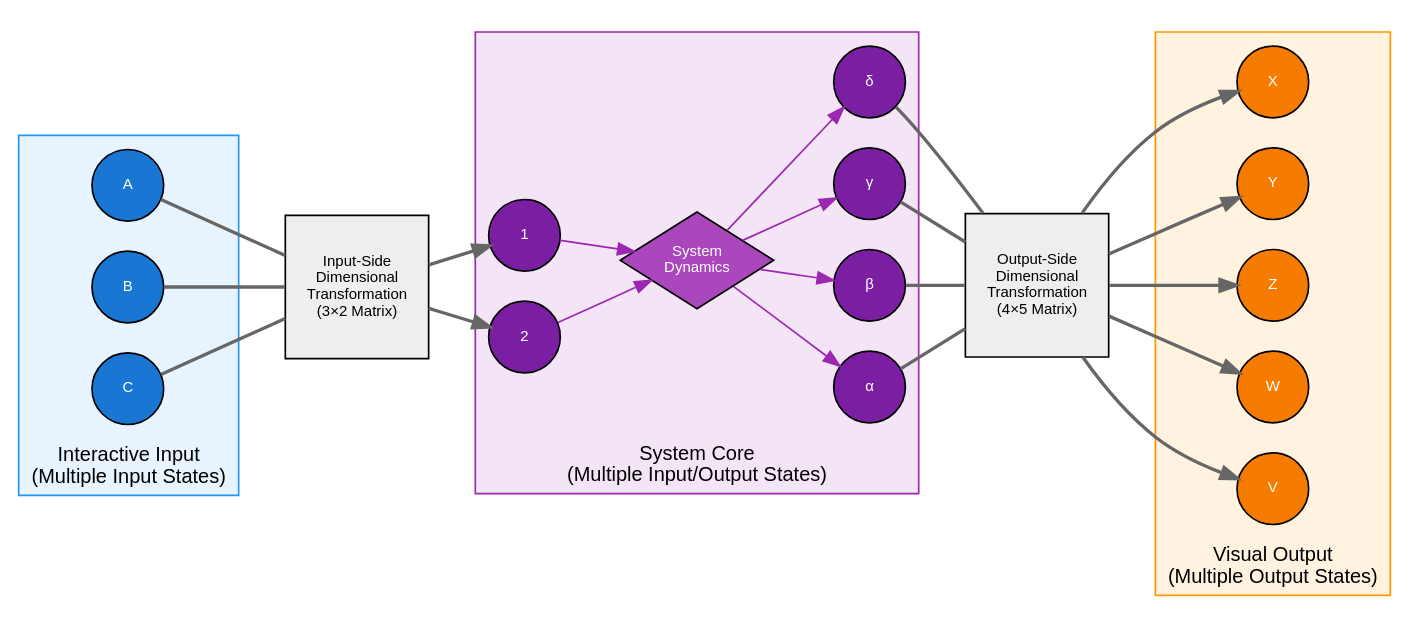
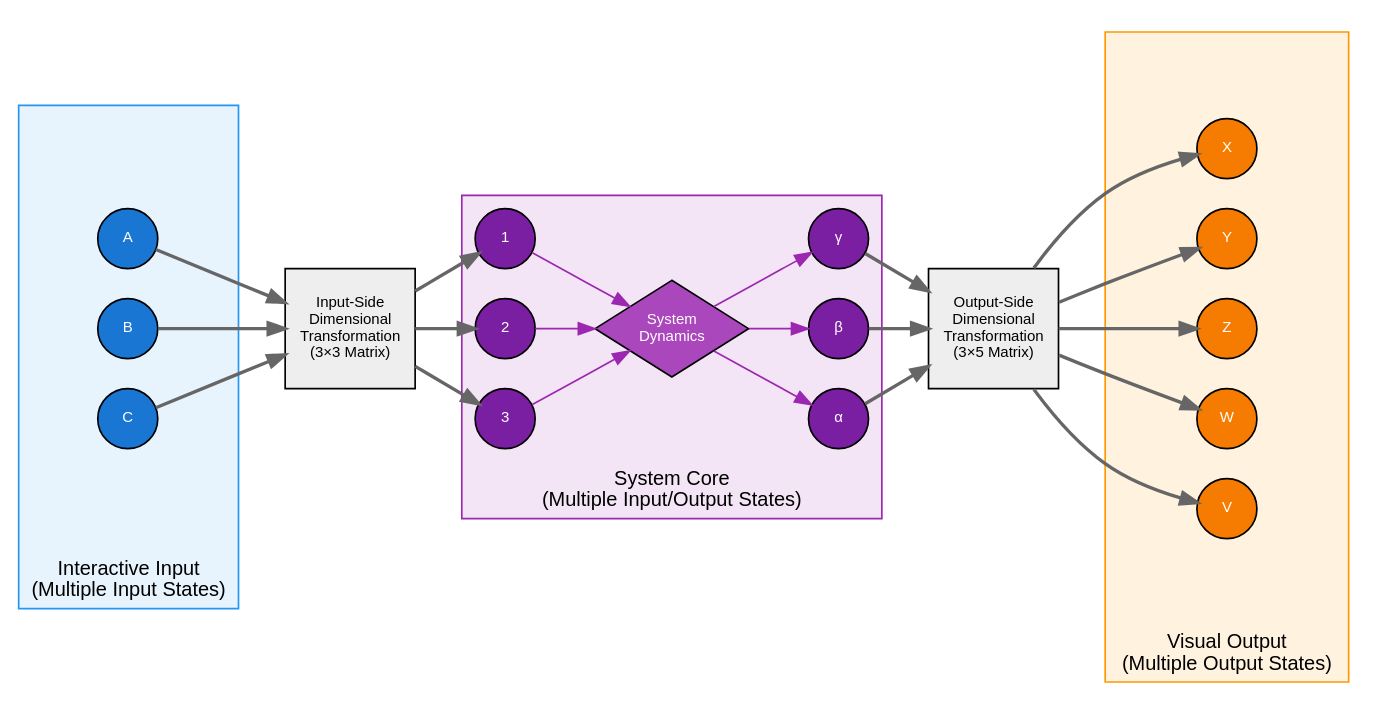
One commit to ericggul/MDWA-SbA-GraphVis changed the diagram in graphs/fig4.dot. Above: the diagram before and after it, drawn with Graphviz.

```diff
--- a/graphs/fig4.dot
+++ b/graphs/fig4.dot
@@ -14,14 +14,17 @@
         label="Interactive Input\n(Multiple Input States)";
         labelloc=bottom;
         
+        // Invisible spacer to center the cluster
+        spacer_top [style=invis, height=0.5];
+        
         ii_state_1 [
             shape=circle,
             style=filled,
             fillcolor="#1976D2",
             fontcolor=white,
             label="A",
-            width=0.6,
-            height=0.6
+            width=0.5,
+            height=0.5
         ];
         
         ii_state_2 [
@@ -30,8 +33,8 @@
             fillcolor="#1976D2",
             fontcolor=white,
             label="B",
-            width=0.6,
-            height=0.6
+            width=0.5,
+            height=0.5
         ];
         
         ii_state_3 [
@@ -40,19 +43,22 @@
             fillcolor="#1976D2",
             fontcolor=white,
             label="C",
-            width=0.6,
-            height=0.6
+            width=0.5,
+            height=0.5
         ];
+        
+        // Invisible spacer to center the cluster
+        spacer_bottom [style=invis, height=0.5];
     }
     
-    // Input-Side Dimensional Transformation
+    // Input DT Box
     dt_input [
         shape=box,
         style=filled,
         fillcolor="#EEEEEE",
-        label="Input-Side\nDimensional\nTransformation\n(3×2 Matrix)",
-        width=1.2,
-        height=1.2
+        label="Input-Side\nDimensional\nTransformation\n(3×3 Matrix)",
+        width=1.0,
+        height=1.0
     ];
     
     // System Core box with System Input States, System Dynamics, and System Output States
@@ -69,8 +75,8 @@
             fillcolor="#7B1FA2",
             fontcolor=white,
             label="1",
-            width=0.6,
-            height=0.6
+            width=0.5,
+            height=0.5
         ];
         
         si_state_2 [
@@ -79,8 +85,18 @@
             fillcolor="#7B1FA2",
             fontcolor=white,
             label="2",
-            width=0.6,
-            height=0.6
+            width=0.5,
+            height=0.5
+        ];
+        
+        si_state_3 [
+            shape=circle,
+            style=filled,
+            fillcolor="#7B1FA2",
+            fontcolor=white,
+            label="3",
+            width=0.5,
+            height=0.5
         ];
         
         // Abstract System Dynamics representation
@@ -100,8 +116,8 @@
             fillcolor="#7B1FA2",
             fontcolor=white,
             label="α",
-            width=0.6,
-            height=0.6
+            width=0.5,
+            height=0.5
         ];
         
         so_state_2 [
@@ -110,8 +126,8 @@
             fillcolor="#7B1FA2",
             fontcolor=white,
             label="β",
-            width=0.6,
-            height=0.6
+            width=0.5,
+            height=0.5
         ];
         
         so_state_3 [
@@ -120,37 +136,27 @@
             fillcolor="#7B1FA2",
             fontcolor=white,
             label="γ",
-            width=0.6,
-            height=0.6
-        ];
-        
-        so_state_4 [
-            shape=circle,
-            style=filled,
-            fillcolor="#7B1FA2",
-            fontcolor=white,
-            label="δ",
-            width=0.6,
-            height=0.6
+            width=0.5,
+            height=0.5
         ];
         
         // System flow
         si_state_1 -> system_dynamics [color="#9C27B0"];
         si_state_2 -> system_dynamics [color="#9C27B0"];
+        si_state_3 -> system_dynamics [color="#9C27B0"];
         system_dynamics -> so_state_1 [color="#9C27B0"];
         system_dynamics -> so_state_2 [color="#9C27B0"];
         system_dynamics -> so_state_3 [color="#9C27B0"];
-        system_dynamics -> so_state_4 [color="#9C27B0"];
     }
     
-    // Output-Side Dimensional Transformation
+    // Output DT Box
     dt_output [
         shape=box,
         style=filled,
         fillcolor="#EEEEEE",
-        label="Output-Side\nDimensional\nTransformation\n(4×5 Matrix)",
-        width=1.2,
-        height=1.2
+        label="Output-Side\nDimensional\nTransformation\n(3×5 Matrix)",
+        width=1.0,
+        height=1.0
     ];
     
     // Visual Output box with multiple Visual Output States
@@ -161,14 +167,17 @@
         label="Visual Output\n(Multiple Output States)";
         labelloc=bottom;
         
+        // Invisible spacer to balance cluster height
+        vo_spacer_top [style=invis, height=0.3];
+        
         vo_state_1 [
             shape=circle,
             style=filled,
             fillcolor="#F57C00",
             fontcolor=white,
             label="X",
-            width=0.6,
-            height=0.6
+            width=0.5,
+            height=0.5
         ];
         
         vo_state_2 [
@@ -177,8 +186,8 @@
             fillcolor="#F57C00",
             fontcolor=white,
             label="Y",
-            width=0.6,
-            height=0.6
+            width=0.5,
+            height=0.5
         ];
         
         vo_state_3 [
@@ -187,8 +196,8 @@
             fillcolor="#F57C00",
             fontcolor=white,
             label="Z",
-            width=0.6,
-            height=0.6
+            width=0.5,
+            height=0.5
         ];
         
         vo_state_4 [
@@ -197,8 +206,8 @@
             fillcolor="#F57C00",
             fontcolor=white,
             label="W",
-            width=0.6,
-            height=0.6
+            width=0.5,
+            height=0.5
         ];
         
         vo_state_5 [
@@ -207,27 +216,30 @@
             fillcolor="#F57C00",
             fontcolor=white,
             label="V",
-            width=0.6,
-            height=0.6
+            width=0.5,
+            height=0.5
         ];
+        
+        // Invisible spacer to balance cluster height
+        vo_spacer_bottom [style=invis, height=0.3];
     }
     
-    // Connections
-    ii_state_1 -> dt_input [color="#666666", style=bold, arrowhead=none];
-    ii_state_2 -> dt_input [color="#666666", style=bold, arrowhead=none];
-    ii_state_3 -> dt_input [color="#666666", style=bold, arrowhead=none];
+    // Simple connections like fig2
+    ii_state_1 -> dt_input [color="#666666", style=bold];
+    ii_state_2 -> dt_input [color="#666666", style=bold];
+    ii_state_3 -> dt_input [color="#666666", style=bold];
     
     dt_input -> si_state_1 [color="#666666", style=bold];
     dt_input -> si_state_2 [color="#666666", style=bold];
+    dt_input -> si_state_3 [color="#666666", style=bold];
     
-    so_state_1 -> dt_output [color="#666666", style=bold, arrowhead=none];
-    so_state_2 -> dt_output [color="#666666", style=bold, arrowhead=none];
-    so_state_3 -> dt_output [color="#666666", style=bold, arrowhead=none];
-    so_state_4 -> dt_output [color="#666666", style=bold, arrowhead=none];
+    so_state_1 -> dt_output [color="#666666", style=bold];
+    so_state_2 -> dt_output [color="#666666", style=bold];
+    so_state_3 -> dt_output [color="#666666", style=bold];
     
     dt_output -> vo_state_1 [color="#666666", style=bold];
     dt_output -> vo_state_2 [color="#666666", style=bold];
     dt_output -> vo_state_3 [color="#666666", style=bold];
     dt_output -> vo_state_4 [color="#666666", style=bold];
     dt_output -> vo_state_5 [color="#666666", style=bold];
-} 
+}
```
